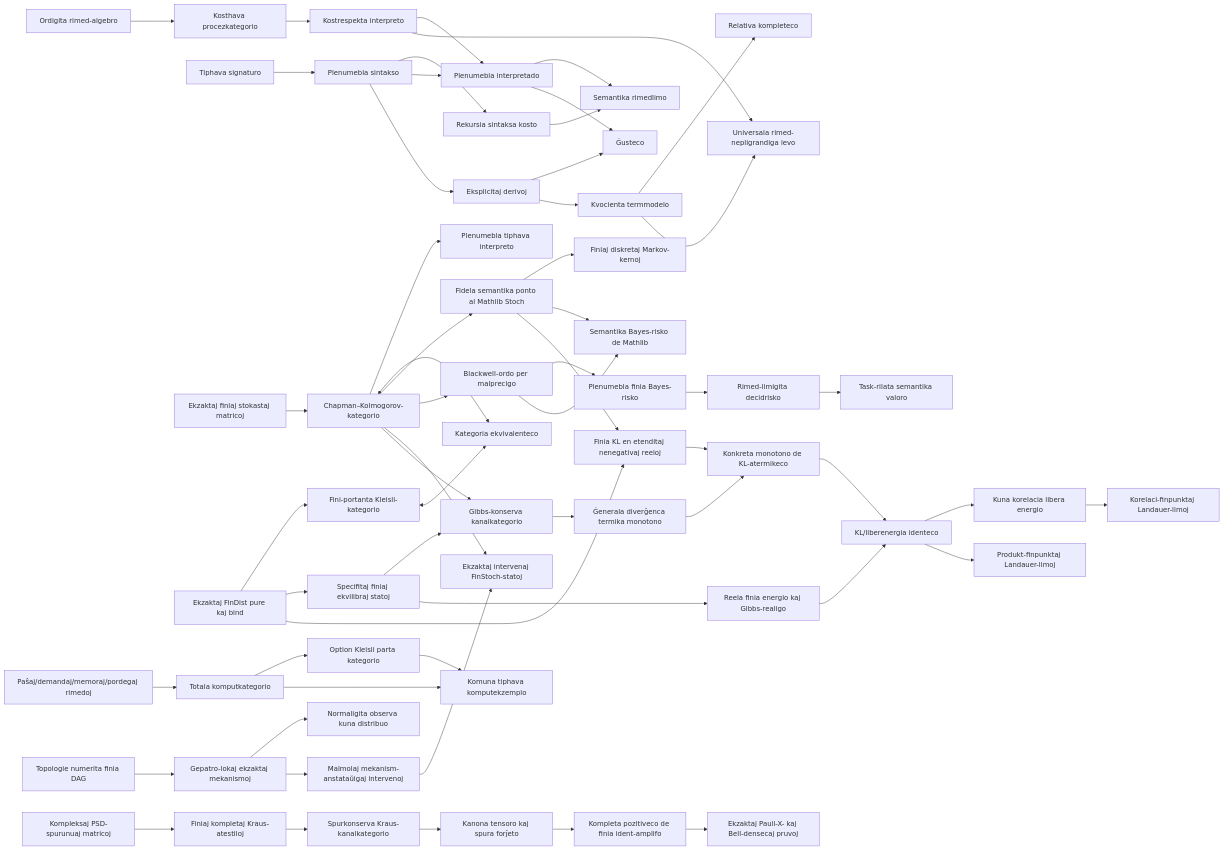
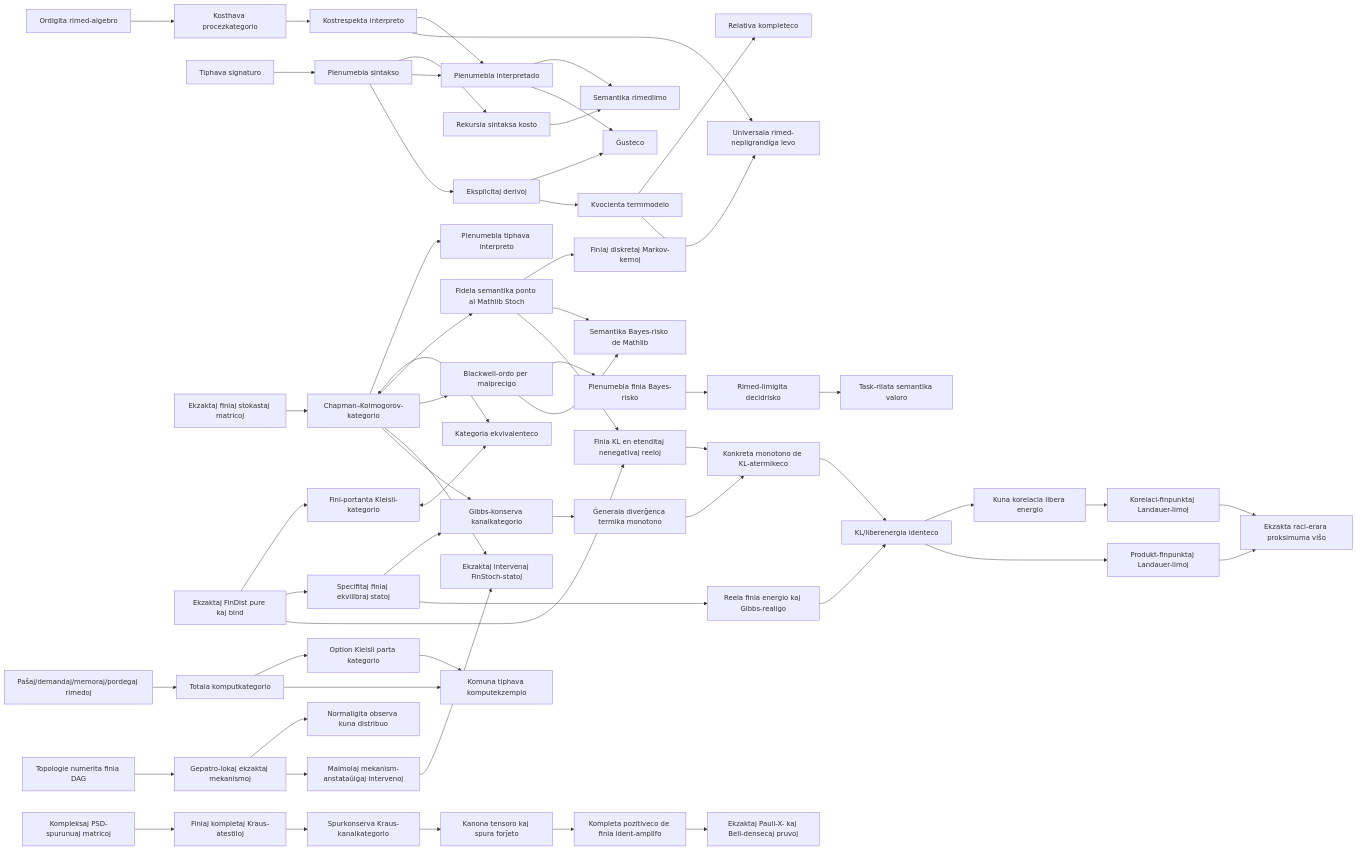
The diagram in docs/README.eo.md (miuchan/ript), drawn with Mermaid before and after one commit. The commit also changed other lines of this file and 11 other files, not shown here.

````diff
--- a/docs/README.eo.md
+++ b/docs/README.eo.md
@@ -1069,59 +1092,61 @@
 ```mermaid
 flowchart LR
   R["Ordigita rimed-algebro"] --> C["Kosthava procezkategorio"]
   S["Tiphava signaturo"] --> X["Plenumebla sintakso"]
   X --> K["Rekursia sintaksa kosto"]
   C --> I["Kostrespekta interpreto"]
   X --> E["Plenumebla interpretado"]
   I --> E
   K --> B["Semantika rimedlimo"]
   E --> B
   X --> D["Eksplicitaj derivoj"]
   D --> SO["Ĝusteco"]
   E --> SO
   D --> T["Kvocienta termmodelo"]
   T --> CO["Relativa kompleteco"]
   I --> U["Universala rimed-nepligrandiga levo"]
   T --> U
   F["Ekzaktaj finiaj stokastaj matricoj"] --> CK["Chapman–Kolmogorov-kategorio"]
   CK --> EX["Plenumebla tiphava interpreto"]
   FD["Ekzaktaj FinDist pure kaj bind"] --> KL["Fini-portanta Kleisli-kategorio"]
   CK <--> EQ["Kategoria ekvivalenteco"]
   KL <--> EQ
   CK --> ST["Fidela semantika ponto al Mathlib Stoch"]
   ST --> MT["Finiaj diskretaj Markov-kernoj"]
   CK --> BW["Blackwell-ordo per malprecigo"]
   ST --> SB["Semantika Bayes-risko de Mathlib"]
   BW --> FR["Plenumebla finia Bayes-risko"]
   FR --> RR["Rimed-limigita decidrisko"]
   RR --> SV["Task-rilata semantika valoro"]
   BW --> SB
   CR["Paŝaj/demandaj/memoraj/pordegaj rimedoj"] --> TC["Totala komputkategorio"]
   TC --> PC["Option Kleisli parta kategorio"]
   TC --> CE["Komuna tiphava komputekzemplo"]
   PC --> CE
   DAG["Topologie numerita finia DAG"] --> CM["Gepatro-lokaj ekzaktaj mekanismoj"]
   CM --> OJ["Normaligita observa kuna distribuo"]
   CM --> DO["Malmolaj mekanism-anstataŭigaj intervenoj"]
   DO --> IS["Ekzaktaj intervenaj FinStoch-statoj"]
   CK --> IS
   FD --> TE["Specifitaj finiaj ekvilibraj statoj"]
   CK --> GP["Gibbs-konserva kanalkategorio"]
   TE --> GP
   GP --> TM["Ĝenerala diverĝenca termika monotono"]
   FD --> FKL["Finia KL en etenditaj nenegativaj reeloj"]
   ST --> FKL
   FKL --> KTM["Konkreta monotono de KL-atermikeco"]
   TM --> KTM
   TE --> GD["Reela finia energio kaj Gibbs-realigo"]
   GD --> FE["KL/liberenergia identeco"]
   KTM --> FE
   FE --> Corr["Kuna korelacia libera energio"]
   FE --> LW["Produkt-finpunktaj Landauer-limoj"]
   Corr --> CLW["Korelaci-finpunktaj Landauer-limoj"]
+  LW --> AE["Ekzakta raci-erara proksimuma viŝo"]
+  CLW --> AE
   QB["Kompleksaj PSD-spurunuaj matricoj"] --> QK["Finiaj kompletaj Kraus-atestiloj"]
   QK --> QC["Spurkonserva Kraus-kanalkategorio"]
   QC --> QT["Kanona tensoro kaj spura forĵeto"]
   QT --> QP["Kompleta pozitiveco de finia ident-amplifo"]
   QP --> QX["Ekzaktaj Pauli-X- kaj Bell-densecaj pruvoj"]
 ```
````
